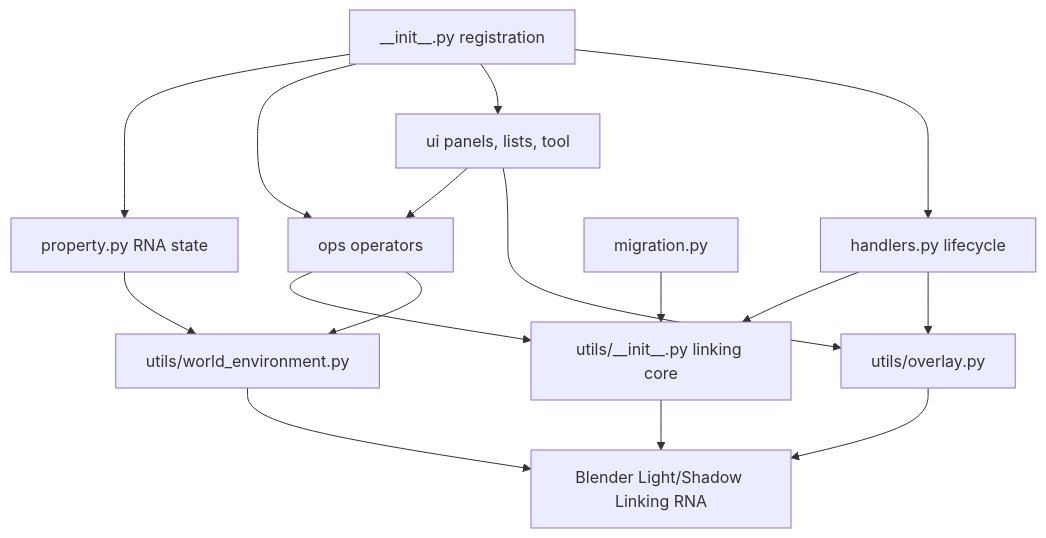
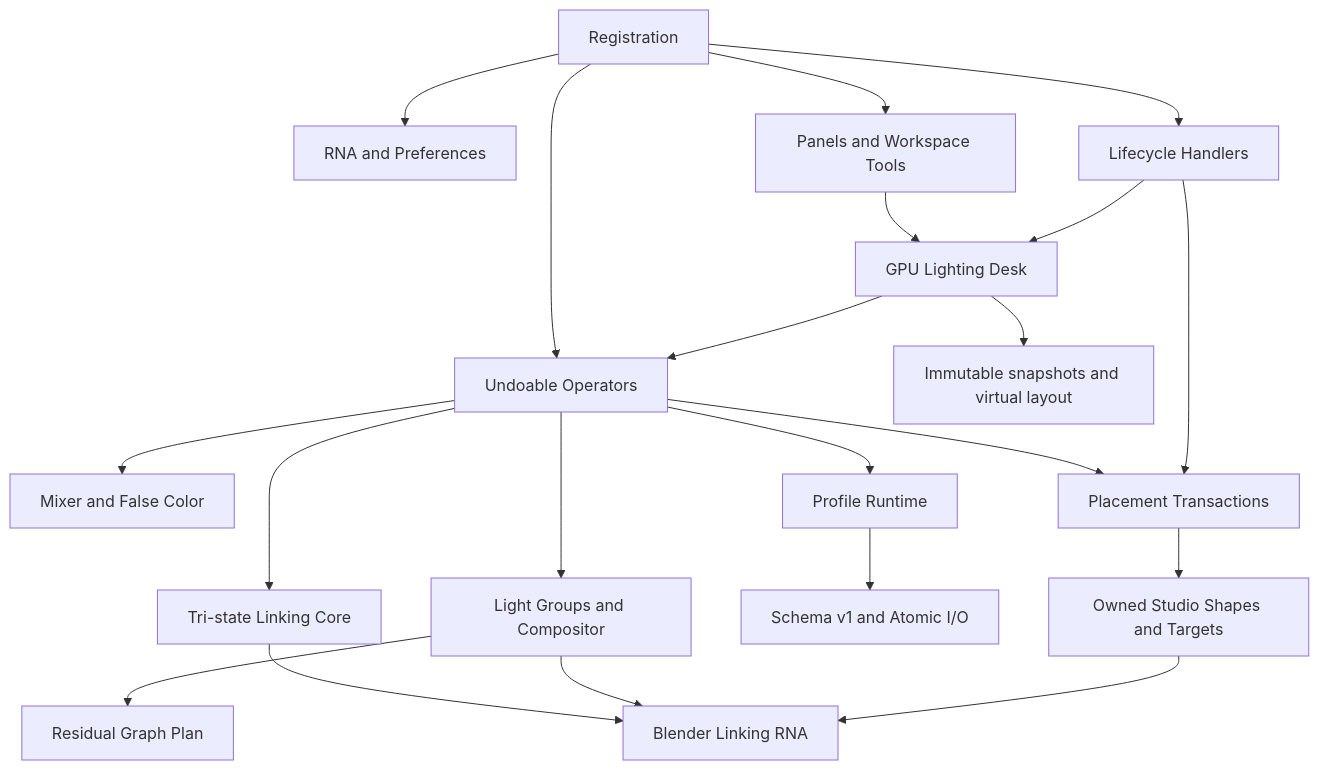
The diagram in PROJECT_CONTEXT.md (AIGODLIKE/LightHelper), drawn with Mermaid before and after one commit. The commit also changed other lines of this file and 41 other files, not shown here.

First line of the commit message:
feat(utils): enhance light linking management with ownership tracking and error handling

````diff
--- a/PROJECT_CONTEXT.md
+++ b/PROJECT_CONTEXT.md
@@ -88,18 +108,23 @@
 ```mermaid
 graph TD
-    Init["__init__.py registration"] --> Props["property.py RNA state"]
-    Init --> Ops["ops operators"]
-    Init --> UI["ui panels, lists, tool"]
-    Init --> Handlers["handlers.py lifecycle"]
-    UI --> Ops
-    Ops --> Core["utils/__init__.py linking core"]
-    Ops --> World["utils/world_environment.py"]
-    UI --> Overlay["utils/overlay.py"]
-    Handlers --> Core
-    Handlers --> Overlay
-    Migration["migration.py"] --> Core
-    Props --> World
-    Core --> Blender["Blender Light/Shadow Linking RNA"]
-    World --> Blender
-    Overlay --> Blender
+    Init["Registration"] --> Props["RNA and Preferences"]
+    Init --> Ops["Undoable Operators"]
+    Init --> UI["Panels and Workspace Tools"]
+    Init --> Life["Lifecycle Handlers"]
+    UI --> Desk["GPU Lighting Desk"]
+    Desk --> Snapshot["Immutable snapshots and virtual layout"]
+    Desk --> Ops
+    Ops --> Link["Tri-state Linking Core"]
+    Ops --> Mixer["Mixer and False Color"]
+    Ops --> Placement["Placement Transactions"]
+    Placement --> Studio["Owned Studio Shapes and Targets"]
+    Ops --> Profiles["Profile Runtime"]
+    Profiles --> Schema["Schema v1 and Atomic I/O"]
+    Ops --> Groups["Light Groups and Compositor"]
+    Groups --> Plan["Residual Graph Plan"]
+    Link --> Blender["Blender Linking RNA"]
+    Groups --> Blender
+    Studio --> Blender
+    Life --> Desk
+    Life --> Placement
 ```
````
